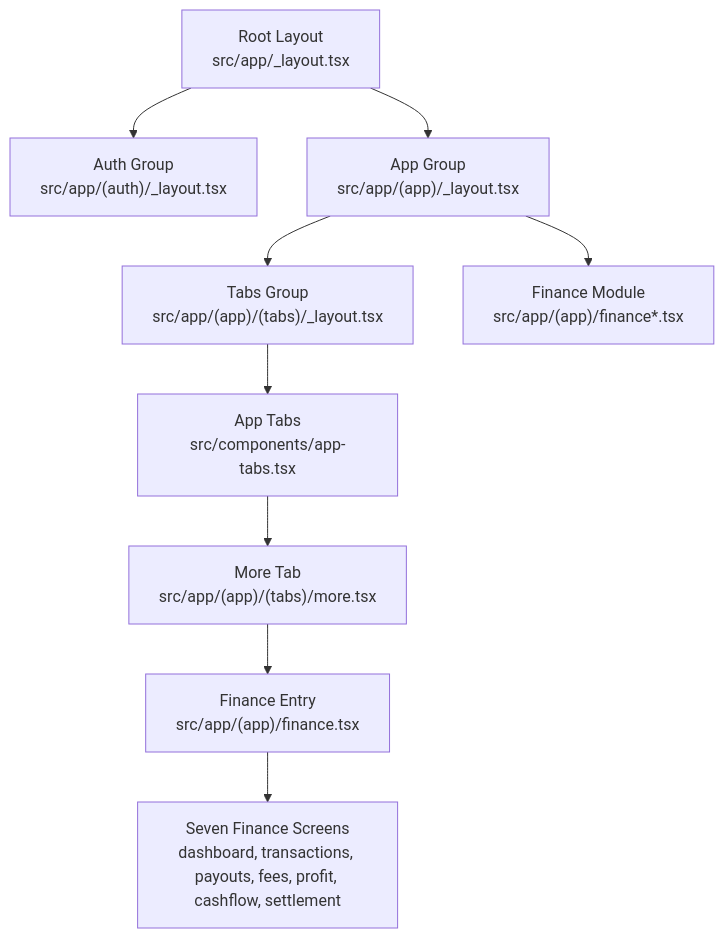
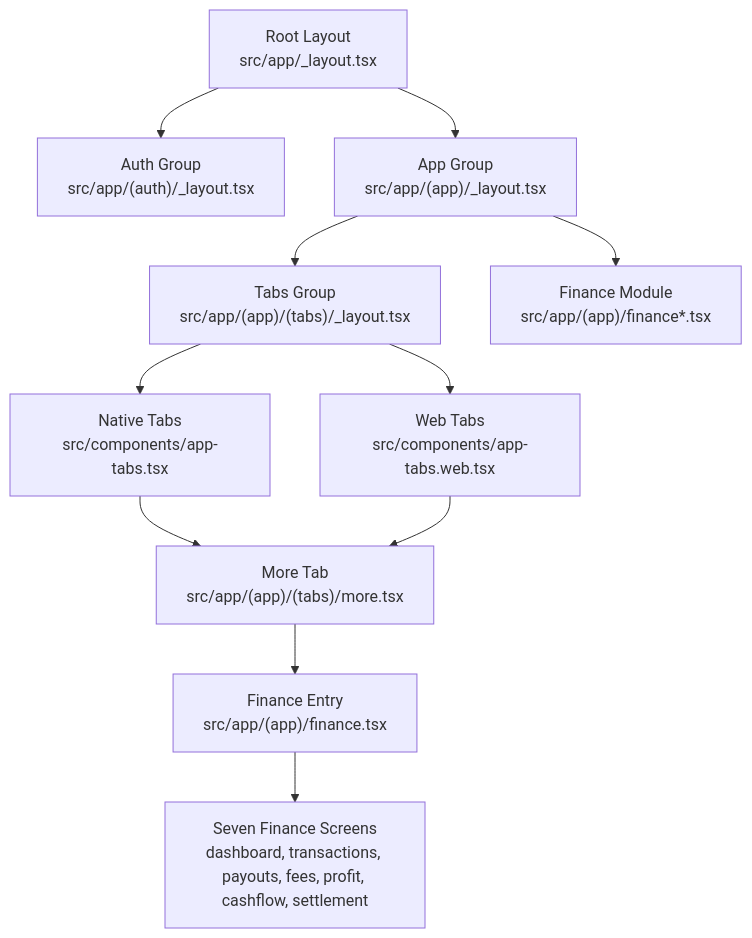
Before and after one commit to Muhammad-Masood/tijarah-ai-app: the first of 9 diagrams in .qoder/repowiki/en/content/Architecture Overview/Navigation Architecture.md, drawn with Mermaid. The commit also changed other lines of this file and 18 other files, not shown here.

````diff
--- a/.qoder/repowiki/en/content/Architecture Overview/Navigation Architecture.md
+++ b/.qoder/repowiki/en/content/Architecture Overview/Navigation Architecture.md
@@ -57,11 +58,13 @@
 ```mermaid
 graph TB
 Root["Root Layout<br/>src/app/_layout.tsx"] --> AuthGroup["Auth Group<br/>src/app/(auth)/_layout.tsx"]
 Root --> AppGroup["App Group<br/>src/app/(app)/_layout.tsx"]
 AppGroup --> TabsGroup["Tabs Group<br/>src/app/(app)/(tabs)/_layout.tsx"]
 AppGroup --> FinanceModule["Finance Module<br/>src/app/(app)/finance*.tsx"]
-TabsGroup --> TabsComponent["App Tabs<br/>src/components/app-tabs.tsx"]
-TabsComponent --> MoreTab["More Tab<br/>src/app/(app)/(tabs)/more.tsx"]
+TabsGroup --> NativeTabs["Native Tabs<br/>src/components/app-tabs.tsx"]
+TabsGroup --> WebTabs["Web Tabs<br/>src/components/app-tabs.web.tsx"]
+NativeTabs --> MoreTab["More Tab<br/>src/app/(app)/(tabs)/more.tsx"]
+WebTabs --> MoreTab
 MoreTab --> FinanceEntry["Finance Entry<br/>src/app/(app)/finance.tsx"]
 FinanceEntry --> FinanceScreens["Seven Finance Screens<br/>dashboard, transactions, payouts, fees, profit, cashflow, settlement"]
 ```
````
